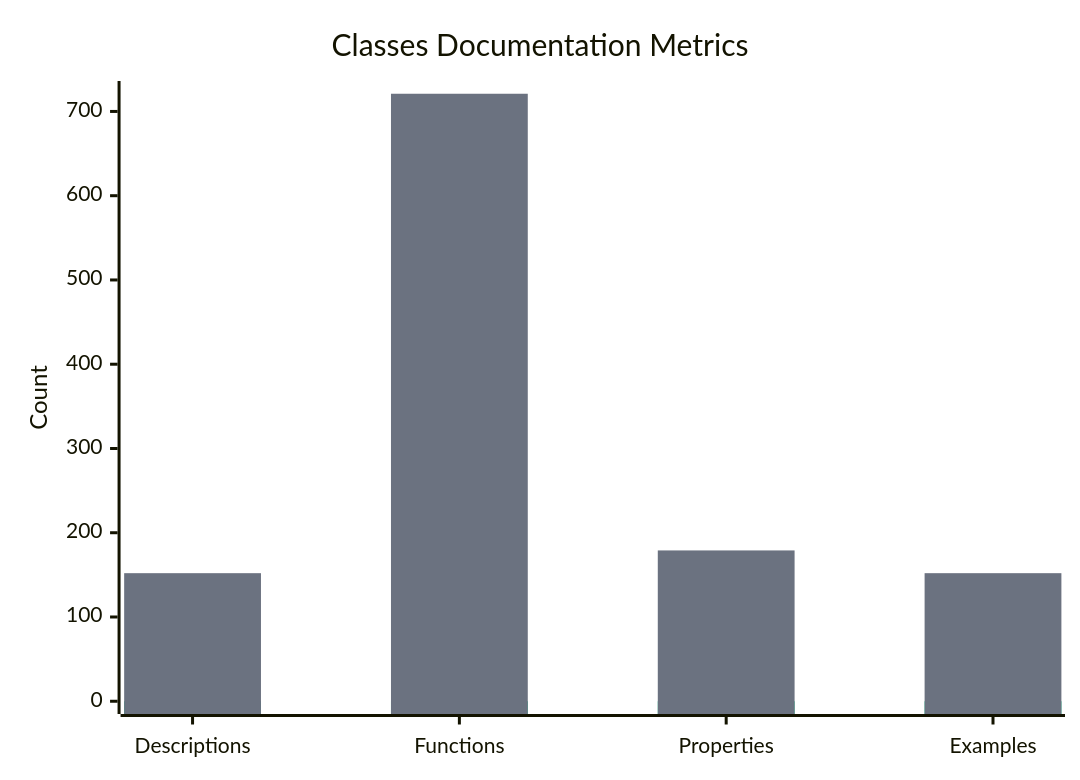
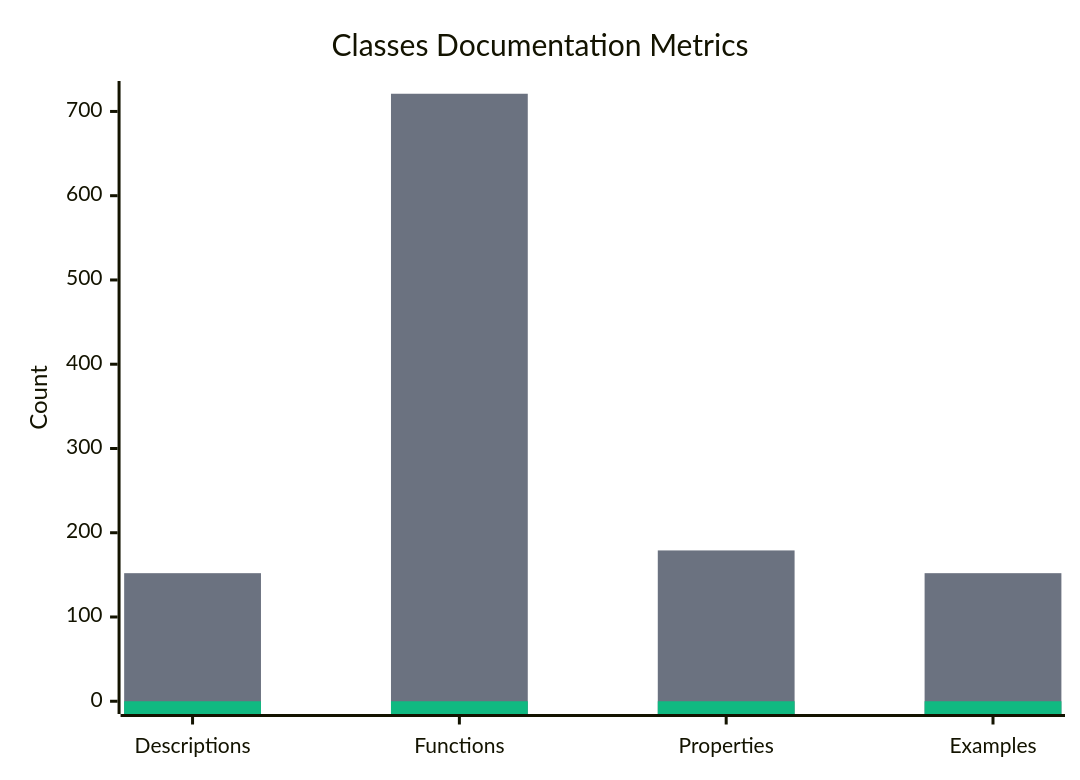
One commit to synthotec/synthotec.github.io changed the second of 4 diagrams in Documentation/SynthoTec-4D/Overview.md. Above: the diagram before and after it, drawn with Mermaid. The commit also changed other lines of this file, not shown here.

First line of the commit message:
Update documentation metrics and chart order

````diff
--- a/Documentation/SynthoTec-4D/Overview.md
+++ b/Documentation/SynthoTec-4D/Overview.md
@@ -30,9 +30,9 @@
 ```mermaid
-%%{init: {'theme':'base', 'themeVariables': {'xyChart': {'backgroundColor': 'transparent', 'plotColorPalette': '#10b981, #6b7280'}}}}%%
+%%{init: {'theme':'base', 'themeVariables': {'xyChart': {'backgroundColor': 'transparent', 'plotColorPalette': '#6b7280, #10b981'}}}}%%
 xychart-beta
     title "Classes Documentation Metrics"
     x-axis ["Descriptions", "Functions", "Properties", "Examples"]
     y-axis "Count" 0 --> 721
+    bar [152, 721, 179, 152]
     bar [0, 0, 0, 0]
-    bar [152, 721, 179, 152]
 ```
````
